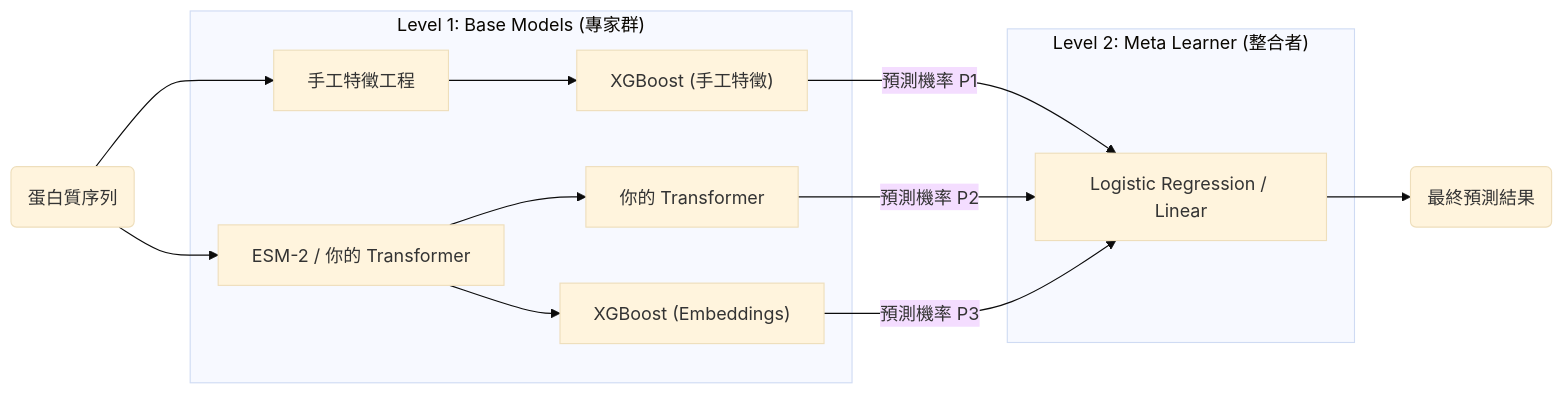
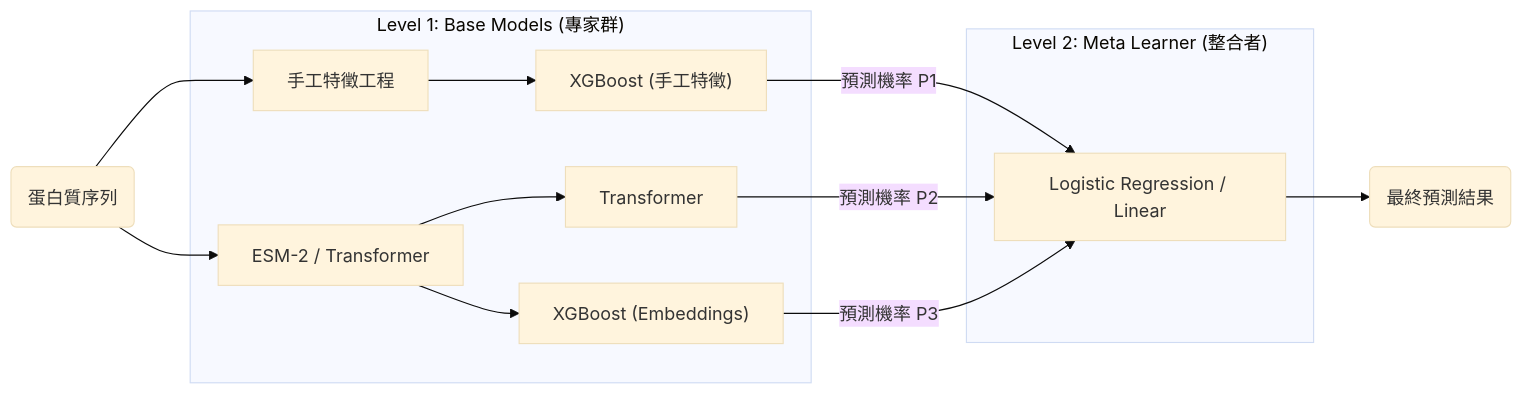
Before and after one commit to lixiangryan/protein-ptm-prediction: the diagram in README.md, drawn with Mermaid (base theme). The commit also changed other lines of this file and 2 other files, not shown here.

Commit message:
feat: Add CNN-LSTM experimental model and update documentation

````diff
--- a/README.md
+++ b/README.md
@@ -229,19 +230,19 @@
 ```mermaid
 graph LR
     Input(蛋白質序列) --> FeatureEng[手工特徵工程]
-    Input --> EmbedModel[ESM-2 / 你的 Transformer]
+    Input --> EmbedModel[ESM-2 / Transformer]
 
     subgraph "Level 1: Base Models (專家群)"
         FeatureEng --> XGB_Manual["XGBoost (手工特徵)"]
-        EmbedModel --> Transformer["你的 Transformer"]
+        EmbedModel --> Transformer["Transformer"]
         EmbedModel --> XGB_Embed["XGBoost (Embeddings)"]
     end
 
     subgraph "Level 2: Meta Learner (整合者)"
         XGB_Manual --> |預測機率 P1| LogisticReg[Logistic Regression / Linear]
         Transformer --> |預測機率 P2| LogisticReg
         XGB_Embed --> |預測機率 P3| LogisticReg
     end
 
     LogisticReg --> FinalOutput(最終預測結果)
 ```
````
